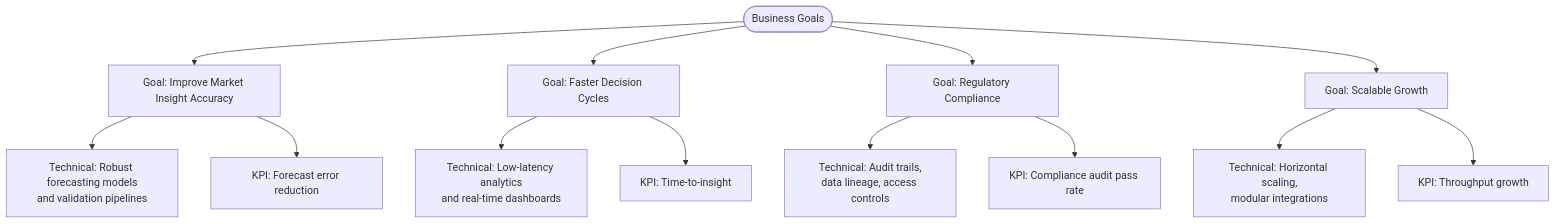
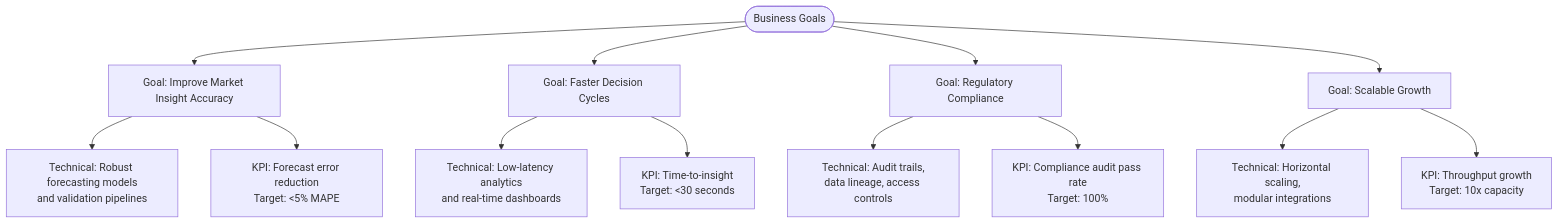
One commit to od3n/forecastiq changed the third of 7 diagrams in .qoder/repowiki/en/content/Business Requirements & Analysis.md. Above: the diagram before and after it, drawn with Mermaid. The commit also changed other lines of this file and 3 other files, not shown here.

````diff
--- a/.qoder/repowiki/en/content/Business Requirements & Analysis.md
+++ b/.qoder/repowiki/en/content/Business Requirements & Analysis.md
@@ -127,15 +196,15 @@
 ```mermaid
 flowchart TD
 Start(["Business Goals"]) --> GA["Goal: Improve Market Insight Accuracy"]
 GA --> TGA["Technical: Robust forecasting models<br/>and validation pipelines"]
-GA --> KPI1["KPI: Forecast error reduction"]
+GA --> KPI1["KPI: Forecast error reduction<br/>Target: <5% MAPE"]
 Start --> GB["Goal: Faster Decision Cycles"]
 GB --> TGB["Technical: Low-latency analytics<br/>and real-time dashboards"]
-GB --> KPI2["KPI: Time-to-insight"]
+GB --> KPI2["KPI: Time-to-insight<br/>Target: <30 seconds"]
 Start --> GC["Goal: Regulatory Compliance"]
 GC --> TGC["Technical: Audit trails,<br/>data lineage, access controls"]
-GC --> KPI3["KPI: Compliance audit pass rate"]
+GC --> KPI3["KPI: Compliance audit pass rate<br/>Target: 100%"]
 Start --> GD["Goal: Scalable Growth"]
 GD --> TGD["Technical: Horizontal scaling,<br/>modular integrations"]
-GD --> KPI4["KPI: Throughput growth"]
+GD --> KPI4["KPI: Throughput growth<br/>Target: 10x capacity"]
 ```
````
